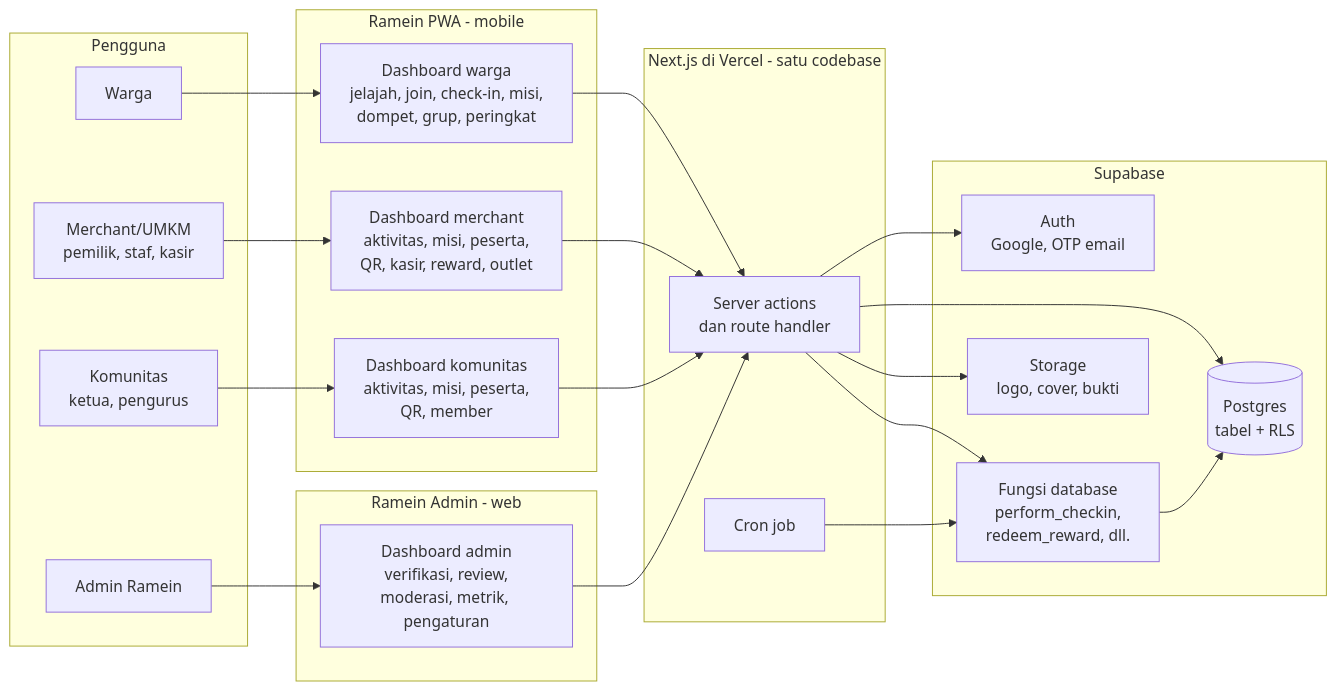
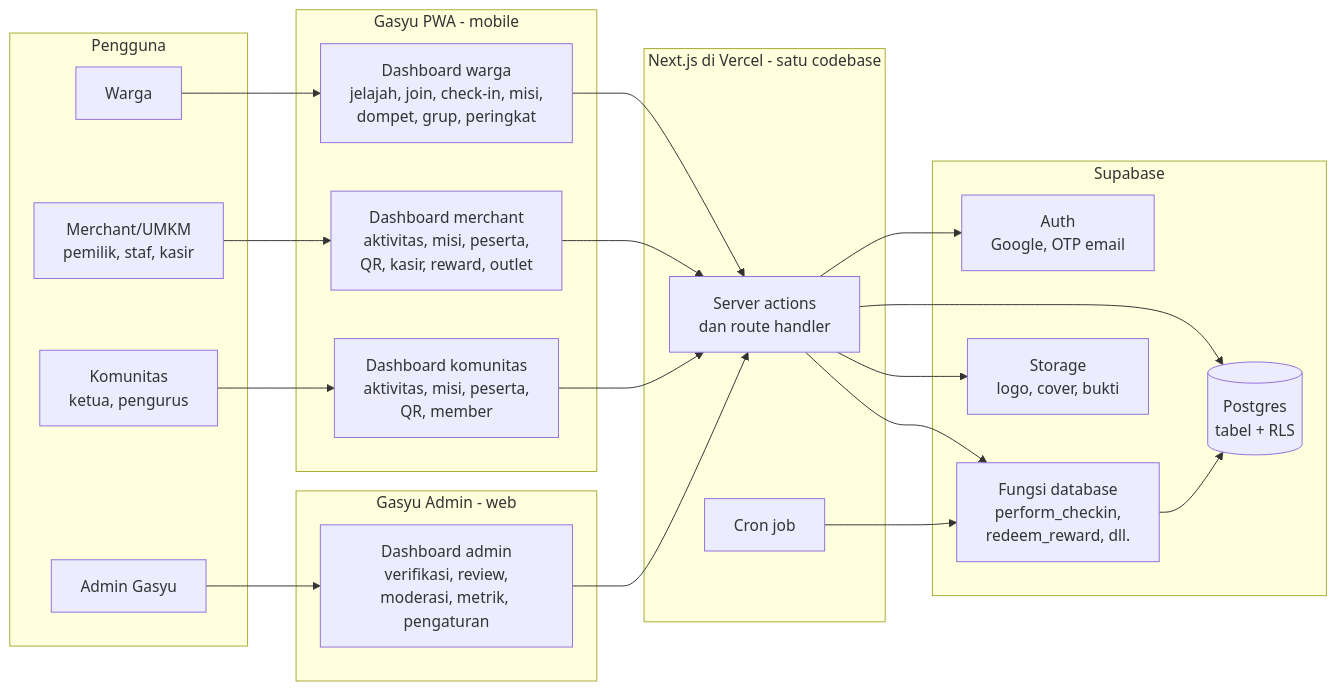
The first of 26 diagrams in docs/ALUR-SISTEM.md (mirwanma/gasyu), drawn with Mermaid before and after one commit. The commit also changed other lines of this file and 71 other files, not shown here.

First line of the commit message:
Ganti nama aplikasi dari Ramein menjadi Gasyu

````diff
--- a/docs/ALUR-SISTEM.md
+++ b/docs/ALUR-SISTEM.md
@@ -58,46 +58,46 @@
 ```mermaid
 flowchart LR
     subgraph Pengguna
         W[Warga]
         B[Merchant/UMKM<br/>pemilik, staf, kasir]
         K[Komunitas<br/>ketua, pengurus]
-        A[Admin Ramein]
+        A[Admin Gasyu]
     end
 
-    subgraph PWA["Ramein PWA - mobile"]
+    subgraph PWA["Gasyu PWA - mobile"]
         UW[Dashboard warga<br/>jelajah, join, check-in, misi,<br/>dompet, grup, peringkat]
         UM[Dashboard merchant<br/>aktivitas, misi, peserta,<br/>QR, kasir, reward, outlet]
         UK[Dashboard komunitas<br/>aktivitas, misi, peserta,<br/>QR, member]
     end
 
-    subgraph WEB["Ramein Admin - web"]
+    subgraph WEB["Gasyu Admin - web"]
         UA[Dashboard admin<br/>verifikasi, review,<br/>moderasi, metrik, pengaturan]
     end
 
     subgraph App["Next.js di Vercel - satu codebase"]
         SA[Server actions<br/>dan route handler]
         CR[Cron job]
     end
 
     subgraph Supabase
         AU[Auth<br/>Google, OTP email]
         DB[(Postgres<br/>tabel + RLS)]
         FN[Fungsi database<br/>perform_checkin,<br/>redeem_reward, dll.]
         ST[Storage<br/>logo, cover, bukti]
     end
 
     W --> UW
     B --> UM
     K --> UK
     A --> UA
     UW --> SA
     UM --> SA
     UK --> SA
     UA --> SA
     SA --> AU
     SA --> FN
     SA --> DB
     SA --> ST
     FN --> DB
     CR --> FN
 ```
````
